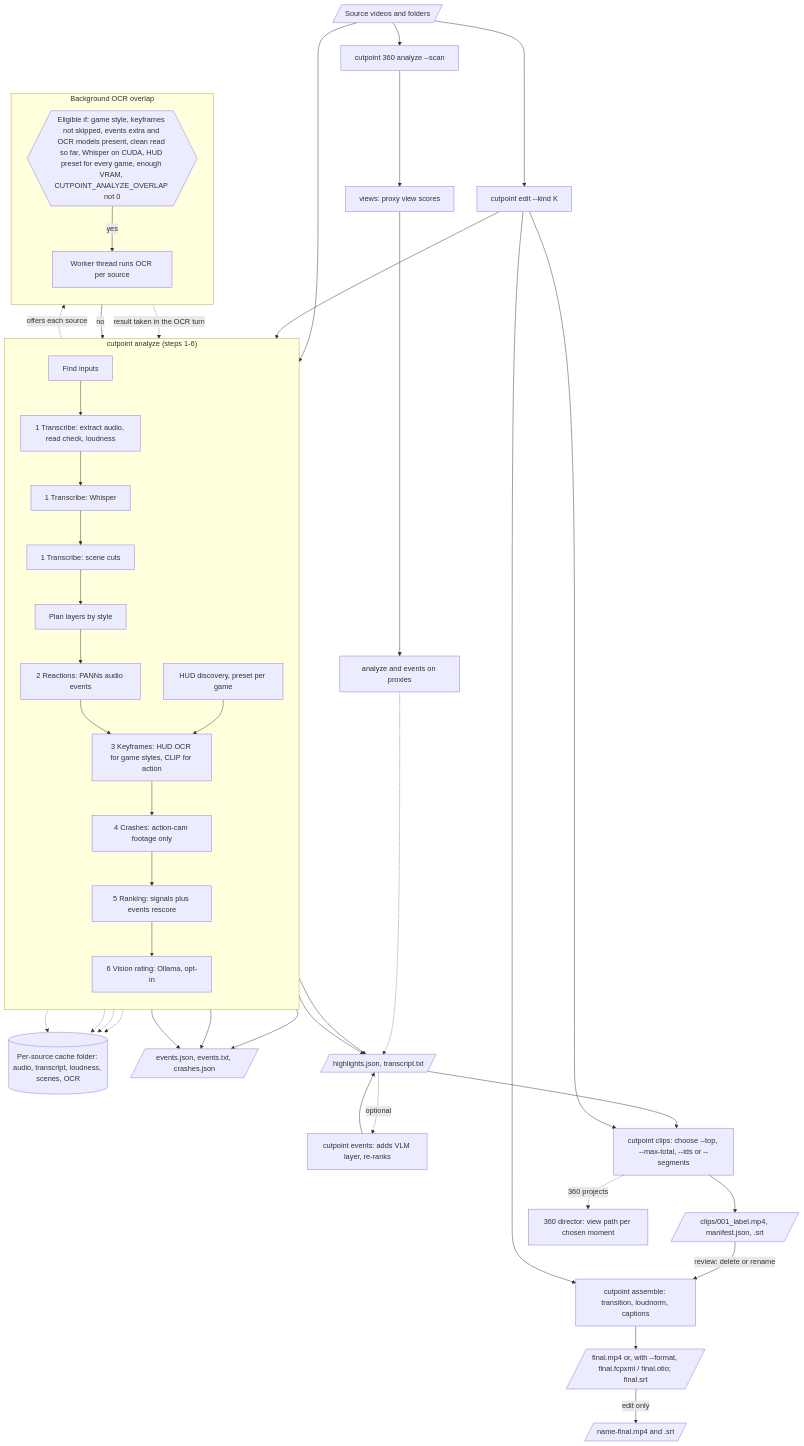
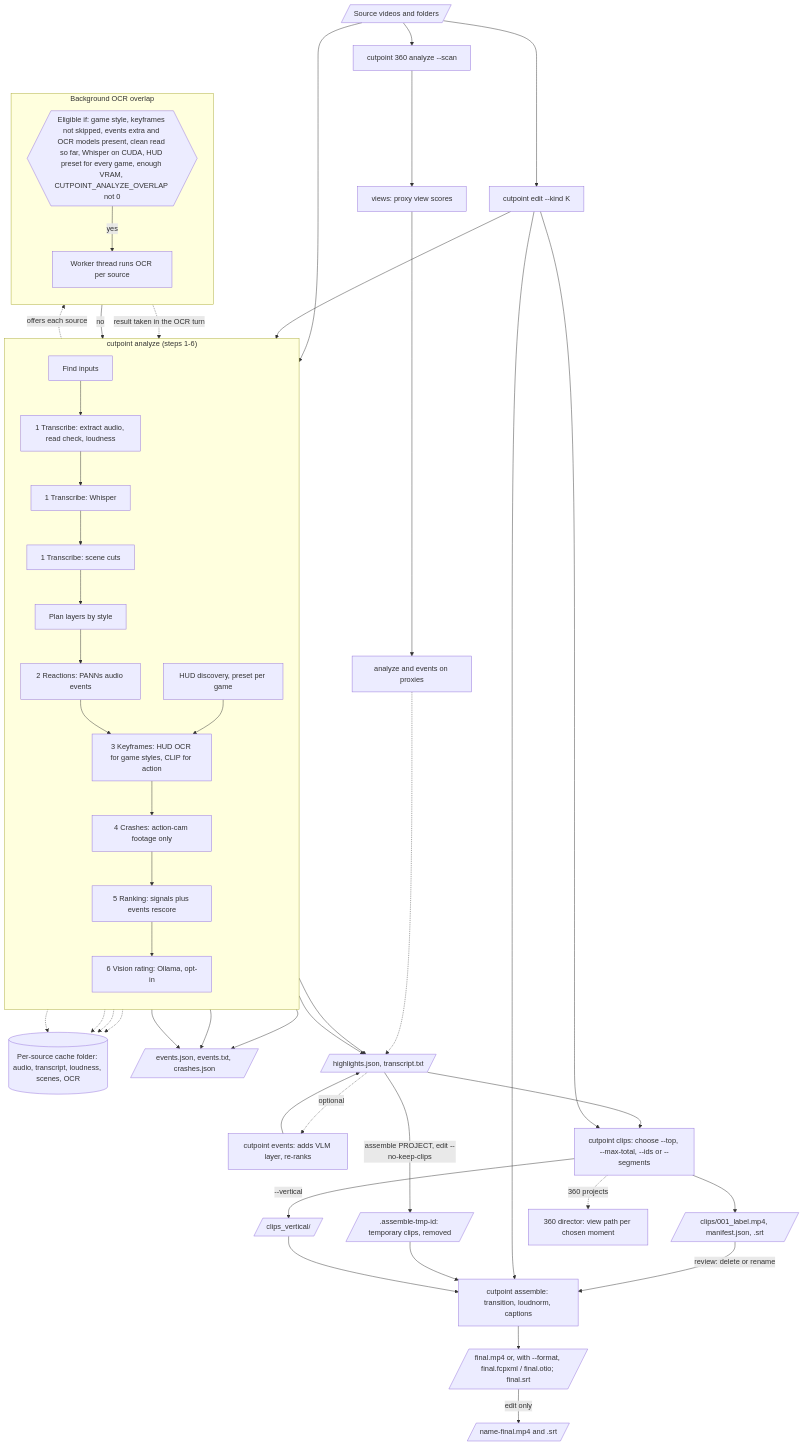
One commit to FerventOrange/cutpoint changed the first of 2 diagrams in docs/pipeline.md. Above: the diagram before and after it, drawn with Mermaid. The commit also changed 24 other files, not shown here.

````diff
--- a/docs/pipeline.md
+++ b/docs/pipeline.md
@@ -10,67 +10,71 @@
 ```mermaid
 flowchart TD
     SRC[/"Source videos and folders"/]
     EDIT["cutpoint edit --kind K"]
     SRC --> EDIT
     SRC --> ANA
 
     subgraph ANALYZE["cutpoint analyze  (steps 1-6)"]
         direction TB
         ANA["Find inputs"]
         AUD["1 Transcribe: extract audio, read check, loudness"]
         TR["1 Transcribe: Whisper"]
         SC["1 Transcribe: scene cuts"]
         PL["Plan layers by style"]
         RE["2 Reactions: PANNs audio events"]
         KF["3 Keyframes: HUD OCR for game styles, CLIP for action"]
         DISC["HUD discovery, preset per game"]
         CR["4 Crashes: action-cam footage only"]
         RK["5 Ranking: signals plus events rescore"]
         VIS["6 Vision rating: Ollama, opt-in"]
         ANA --> AUD --> TR --> SC --> PL --> RE --> KF --> CR --> RK --> VIS
         DISC --> KF
     end
 
     CACHE[("Per-source cache folder: audio, transcript, loudness, scenes, OCR")]
     AUD -.-> CACHE
     TR -.-> CACHE
     SC -.-> CACHE
     KF -.-> CACHE
 
     subgraph BG["Background OCR overlap"]
         direction TB
         ELIG{{"Eligible if: game style, keyframes not skipped, events extra and OCR models present, clean read so far, Whisper on CUDA, HUD preset for every game, enough VRAM, CUTPOINT_ANALYZE_OVERLAP not 0"}}
         PF["Worker thread runs OCR per source"]
         ELIG -->|yes| PF
     end
     AUD -. "offers each source" .-> ELIG
     PF -. "result taken in the OCR turn" .-> KF
     ELIG -->|no| KF
 
     EVJ[/"events.json, events.txt, crashes.json"/]
     HL[/"highlights.json, transcript.txt"/]
     KF --> EVJ
     RE --> EVJ
     CR --> EVJ
     VIS --> HL
     RK --> HL
 
     EVS["cutpoint events: adds VLM layer, re-ranks"]
     HL -. "optional" .-> EVS
     EVS --> HL
 
     EDIT --> ANA
     HL --> CLIPS["cutpoint clips: choose --top, --max-total, --ids or --segments"]
     CLIPS --> CDIR[/"clips/001_label.mp4, manifest.json, .srt"/]
     CDIR -->|"review: delete or rename"| ASM["cutpoint assemble: transition, loudnorm, captions"]
     ASM --> FIN[/"final.mp4 or, with --format, final.fcpxml / final.otio; final.srt"/]
     EDIT --> CLIPS
     EDIT --> ASM
     FIN -->|edit only| COPY[/"name-final.mp4 and .srt"/]
+    HL -->|"assemble PROJECT, edit --no-keep-clips"| TMP[/".assemble-tmp-id: temporary clips, removed"/]
+    TMP --> ASM
+    CLIPS -->|"--vertical"| VDIR[/"clips_vertical/"/]
+    VDIR --> ASM
 
     SRC --> P360["cutpoint 360 analyze --scan"]
     P360 --> V360["views: proxy view scores"]
     V360 --> A360["analyze and events on proxies"]
     CLIPS -. "360 projects" .-> DIR["360 director: view path per chosen moment"]
     A360 -.-> HL
 ```
````
